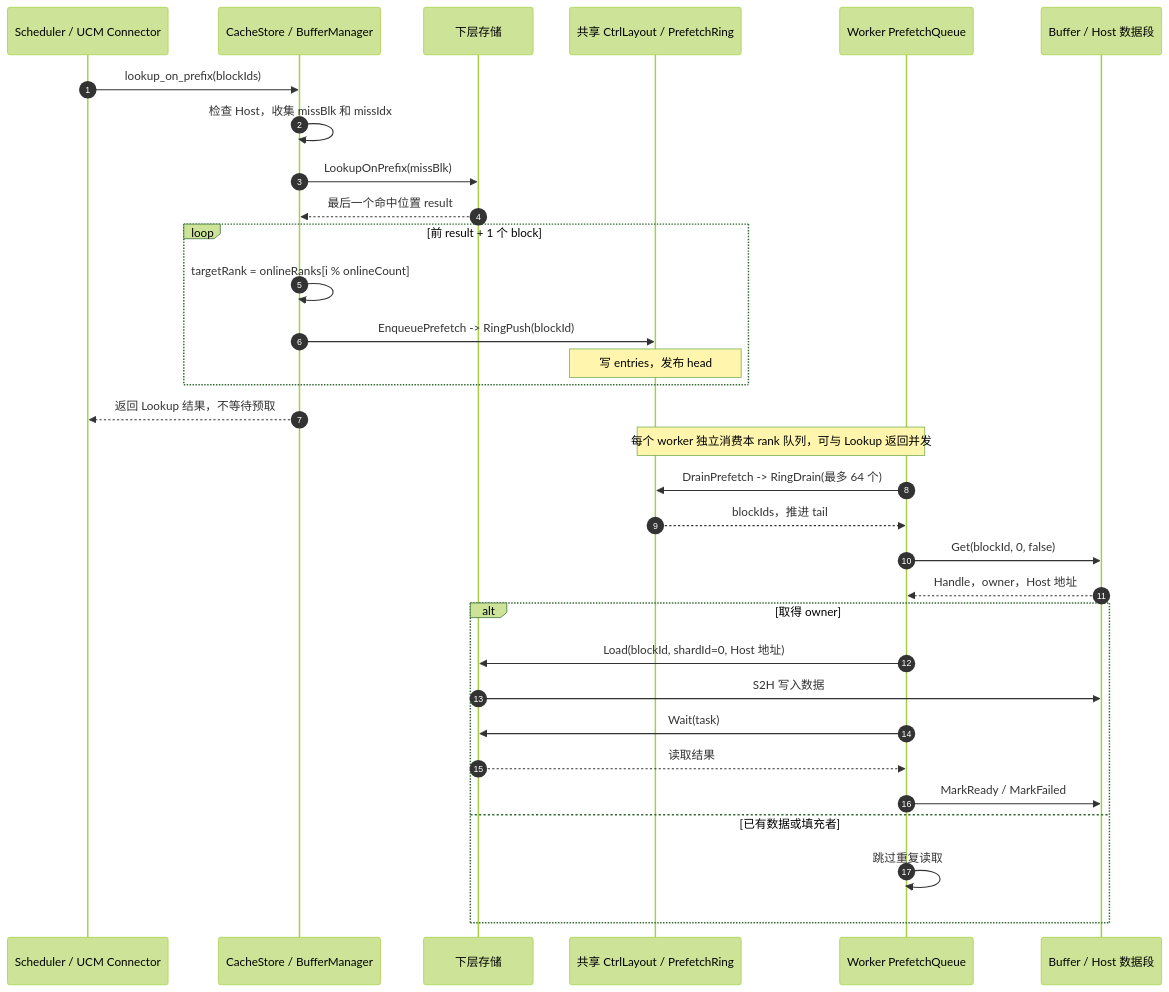
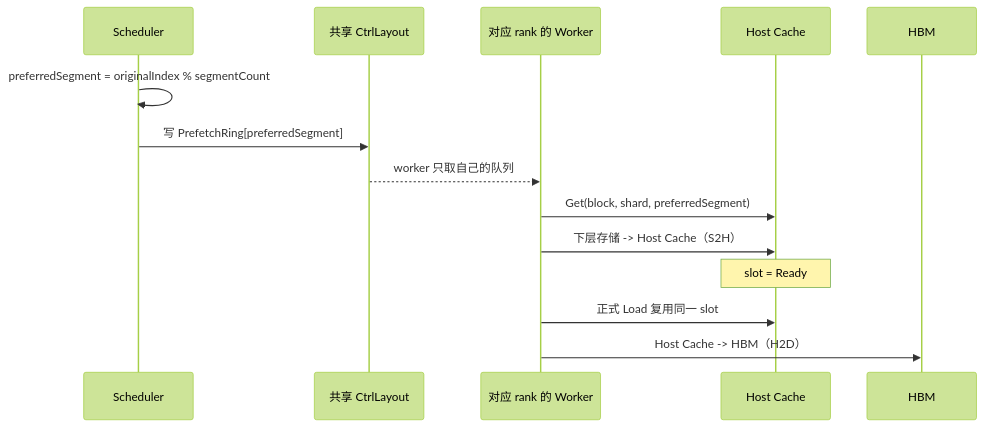
The first of 2 diagrams in docs/source/developer-guide/cache_rank_partitioned_memory_bandwidth.md (NaganooMei/unified-cache-management), drawn with Mermaid (forest theme) before and after one commit. The commit also changed other lines of this file and 6 other files, not shown here.

Commit message:
feat(cache): align prefetch with load placement

````diff
--- a/docs/source/developer-guide/cache_rank_partitioned_memory_bandwidth.md
+++ b/docs/source/developer-guide/cache_rank_partitioned_memory_bandwidth.md
@@ -208,35 +187,17 @@
 ```mermaid
 sequenceDiagram
-    autonumber
-    participant U as Scheduler / UCM Connector
-    participant C as CacheStore / BufferManager
-    participant B as 下层存储
-    participant Q as 共享 CtrlLayout / PrefetchRing
-    participant P as Worker PrefetchQueue
-    participant H as Buffer / Host 数据段
+    participant S as Scheduler
+    participant C as 共享 CtrlLayout
+    participant W as 对应 rank 的 Worker
+    participant H as Host Cache
+    participant D as HBM
 
-    U->>C: lookup_on_prefix(blockIds)
-    C->>C: 检查 Host，收集 missBlk 和 missIdx
-    C->>B: LookupOnPrefix(missBlk)
-    B-->>C: 最后一个命中位置 result
-    loop 前 result + 1 个 block
-        C->>C: targetRank = onlineRanks[i % onlineCount]
-        C->>Q: EnqueuePrefetch -> RingPush(blockId)
-        Note over Q: 写 entries，发布 head
-    end
-    C-->>U: 返回 Lookup 结果，不等待预取
-    Note over Q,P: 每个 worker 独立消费本 rank 队列，可与 Lookup 返回并发
-    P->>Q: DrainPrefetch -> RingDrain(最多 64 个)
-    Q-->>P: blockIds，推进 tail
-    P->>H: Get(blockId, 0, false)
-    H-->>P: Handle，owner，Host 地址
-    alt 取得 owner
-        P->>B: Load(blockId, shardId=0, Host 地址)
-        B->>H: S2H 写入数据
-        P->>B: Wait(task)
-        B-->>P: 读取结果
-        P->>H: MarkReady / MarkFailed
-    else 已有数据或填充者
-        P->>P: 跳过重复读取
-    end
+    S->>S: preferredSegment = originalIndex % segmentCount
+    S->>C: 写 PrefetchRing[preferredSegment]
+    C-->>W: worker 只取自己的队列
+    W->>H: Get(block, shard, preferredSegment)
+    W->>H: 下层存储 -> Host Cache（S2H）
+    Note over H: slot = Ready
+    W->>H: 正式 Load 复用同一 slot
+    W->>D: Host Cache -> HBM（H2D）
 ```
````
